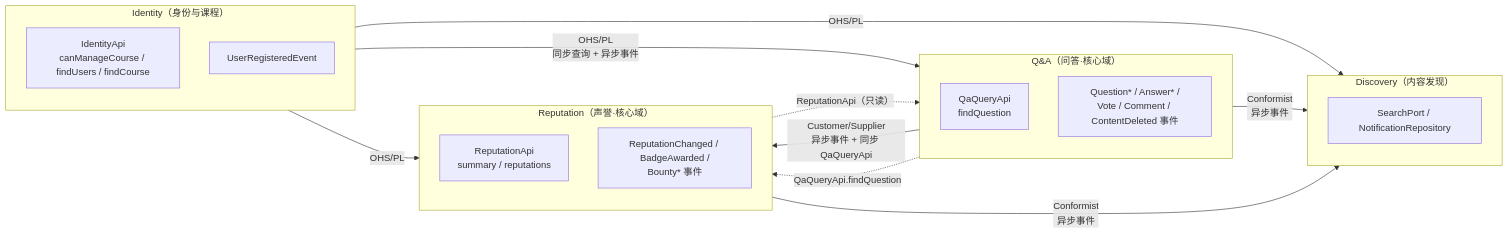
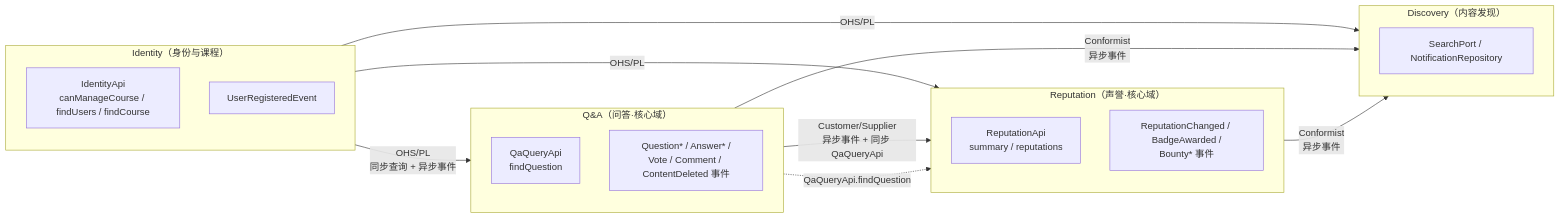
Before and after one commit to hbuas-se-2026fall/cs2412-team01-campus-overflow: the diagram in docs/ddd/context-map.md, drawn with Mermaid. The commit also changed other lines of this file and 4 other files, not shown here.

First line of the commit message:
docs(ddd): 统一语言术语表按代码复核为 v2.0，修正上下文映射与时序图（PB-03）

````diff
--- a/docs/ddd/context-map.md
+++ b/docs/ddd/context-map.md
@@ -17,30 +17,29 @@
 ```mermaid
 flowchart LR
     subgraph Identity["Identity（身份与课程）"]
         I1["IdentityApi<br/>canManageCourse / findUsers / findCourse"]
         I2["UserRegisteredEvent"]
     end
 
     subgraph QA["Q&A（问答·核心域）"]
         Q1["QaQueryApi<br/>findQuestion"]
         Q2["Question* / Answer* /<br/>Vote / Comment / ContentDeleted 事件"]
     end
 
     subgraph REP["Reputation（声誉·核心域）"]
         R1["ReputationApi<br/>summary / reputations"]
         R2["ReputationChanged / BadgeAwarded /<br/>Bounty* 事件"]
     end
 
     subgraph DIS["Discovery（内容发现）"]
         D1["SearchPort / NotificationRepository"]
     end
 
     Identity -->|"OHS/PL<br/>同步查询 + 异步事件"| QA
     Identity -->|"OHS/PL"| REP
     Identity -->|"OHS/PL"| DIS
     QA -->|"Customer/Supplier<br/>异步事件 + 同步 QaQueryApi"| REP
     QA -->|"Conformist<br/>异步事件"| DIS
     REP -->|"Conformist<br/>异步事件"| DIS
     QA -.->|"QaQueryApi.findQuestion"| REP
-    REP -.->|"ReputationApi（只读）"| QA
 ```
````
